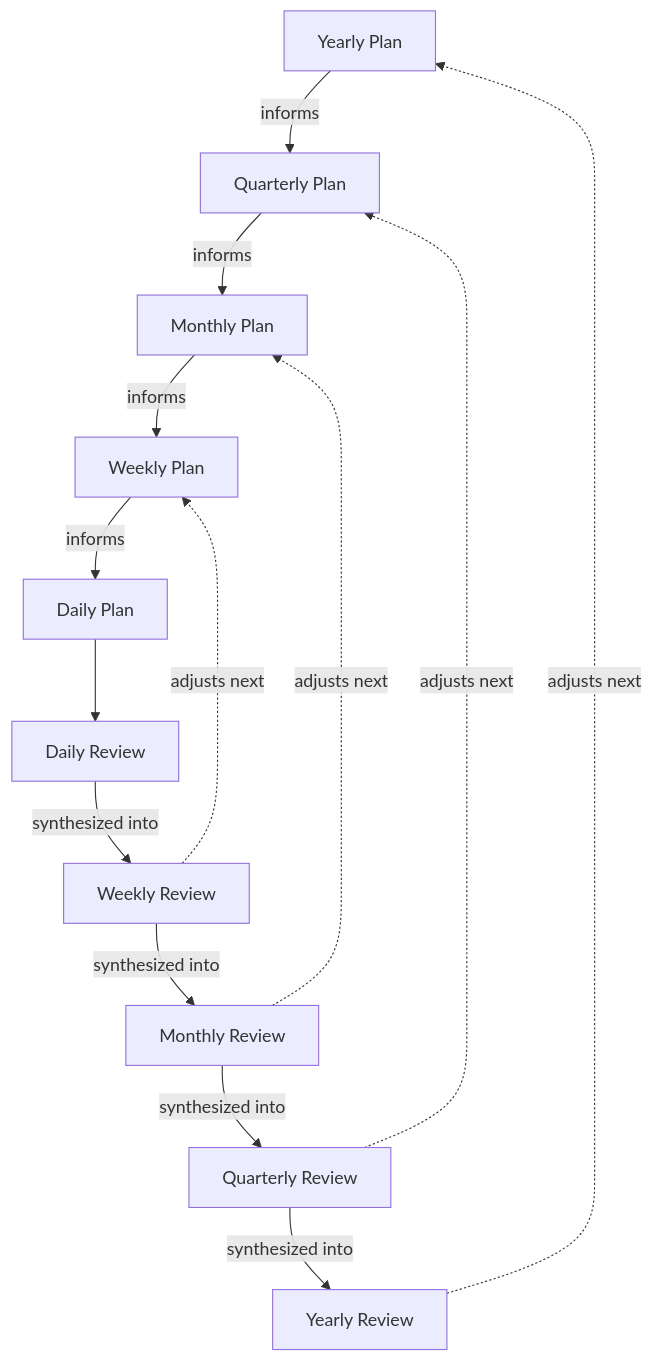
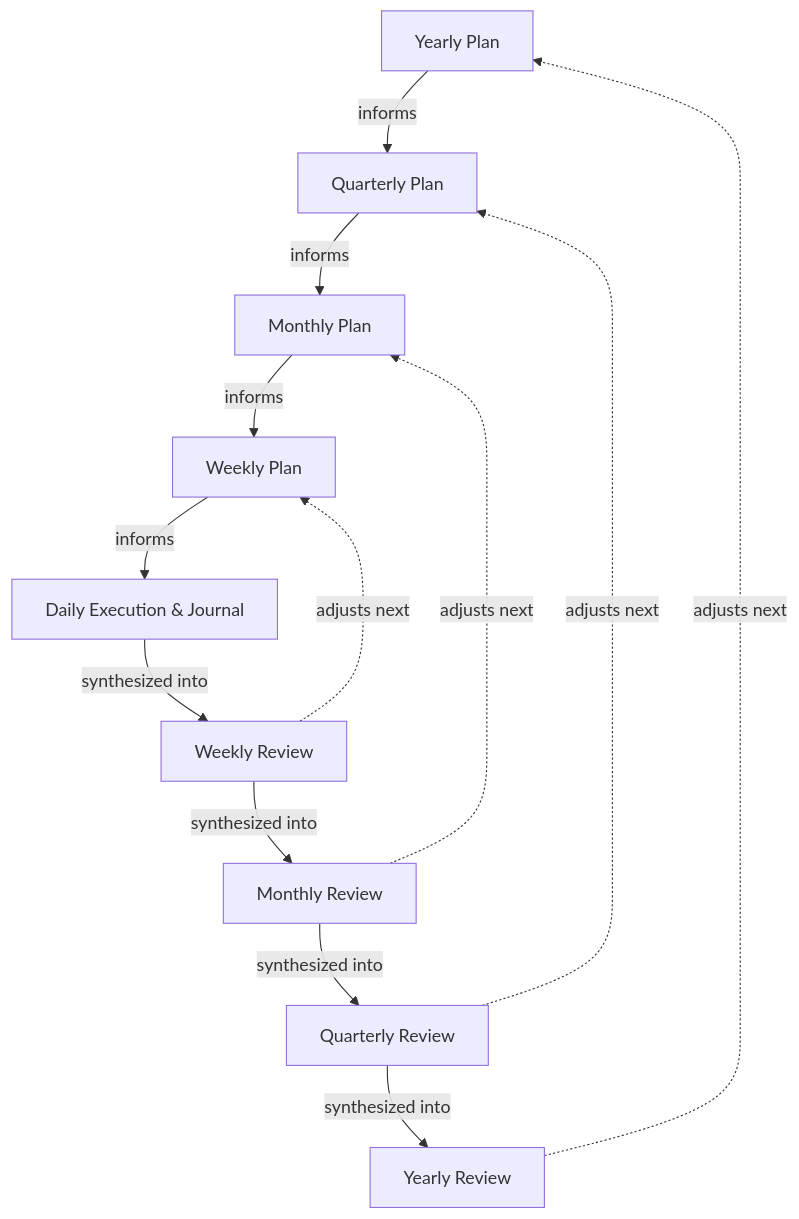
One commit to dlip/llm-coach changed the diagram in README.md. Above: the diagram before and after it, drawn with Mermaid. The commit also changed other lines of this file and 4 other files, not shown here.

````diff
--- a/README.md
+++ b/README.md
@@ -19,36 +19,33 @@
 ```mermaid
 flowchart TD
     %% Define Nodes
     YPlan[Yearly Plan]
     QPlan[Quarterly Plan]
     MPlan[Monthly Plan]
     WPlan[Weekly Plan]
-    DPlan[Daily Plan]
     
-    DRev[Daily Review]
     WRev[Weekly Review]
     MRev[Monthly Review]
     QRev[Quarterly Review]
     YRev[Yearly Review]
 
+    DExec[Daily Execution & Journal]
+
     %% Top-Down Planning Flow
     YPlan -->|informs| QPlan
     QPlan -->|informs| MPlan
     MPlan -->|informs| WPlan
-    WPlan -->|informs| DPlan
-
-    %% Daily execution bridge
-    DPlan --> DRev
+    WPlan -->|informs| DExec
 
     %% Bottom-Up Review Flow
-    DRev -->|synthesized into| WRev
+    DExec -->|synthesized into| WRev
     WRev -->|synthesized into| MRev
     MRev -->|synthesized into| QRev
     QRev -->|synthesized into| YRev
 
     %% Review informs next Plan
     YRev -.->|adjusts next| YPlan
     QRev -.->|adjusts next| QPlan
     MRev -.->|adjusts next| MPlan
     WRev -.->|adjusts next| WPlan
 ```
````
